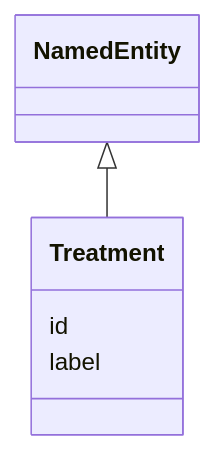
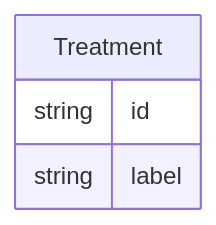
The diagram in docs/metagenome_study/Treatment.md (monarch-initiative/ontogpt), drawn with Mermaid before and after one commit. The commit also changed 187 other files, not shown here.

````diff
--- a/docs/metagenome_study/Treatment.md
+++ b/docs/metagenome_study/Treatment.md
@@ -8,9 +8,10 @@
 ```mermaid
- classDiagram
-    class Treatment
-      NamedEntity <|-- Treatment
-      
-      Treatment : id
-      Treatment : label
-      
+erDiagram
+Treatment {
+    string id  
+    string label  
+}
+
+
+
 ```
````
